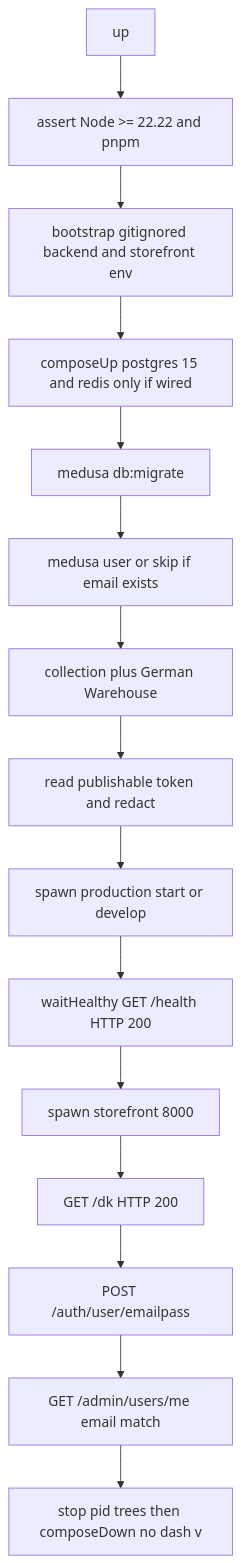
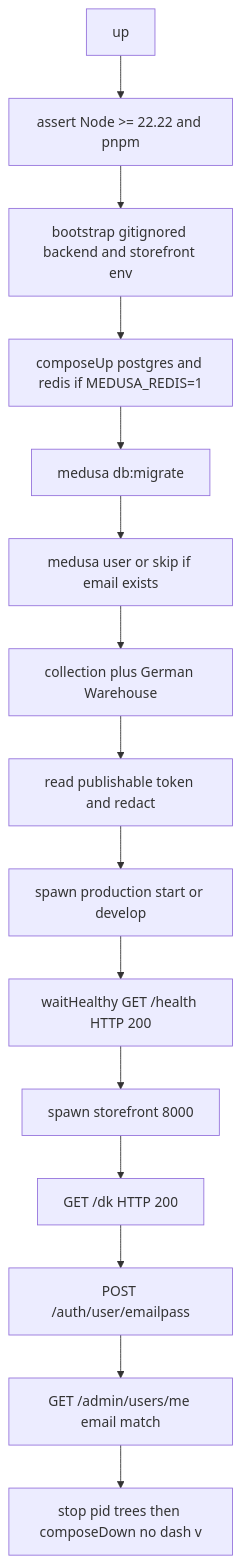
One commit to Jayami123/qa-portfolio-harness changed the diagram in docs/plans/2026-10-15-harness-medusa-adapter.md. Above: the diagram before and after it, drawn with Mermaid. The commit also changed other lines of this file, not shown here.

First line of the commit message:
docs(plan): full Medusa v0.2.9 switches and task order

````diff
--- a/docs/plans/2026-10-15-harness-medusa-adapter.md
+++ b/docs/plans/2026-10-15-harness-medusa-adapter.md
@@ -179,21 +186,21 @@
 ```mermaid
 flowchart TD
   upStart[up]
   nodeGate[assert Node >= 22.22 and pnpm]
   envFiles[bootstrap gitignored backend and storefront env]
-  compose[composeUp postgres 15 and redis only if wired]
+  compose[composeUp postgres and redis if MEDUSA_REDIS=1]
   migrate[medusa db:migrate]
   user[medusa user or skip if email exists]
   extras[collection plus German Warehouse]
   captureKey[read publishable token and redact]
   spawnApi[spawn production start or develop]
   waitApi["waitHealthy GET /health HTTP 200"]
   spawnSf[spawn storefront 8000]
   waitSf["GET /dk HTTP 200"]
   auth[POST /auth/user/emailpass]
   prove["GET /admin/users/me email match"]
   downKeep[stop pid trees then composeDown no dash v]
   upStart --> nodeGate --> envFiles --> compose --> migrate --> user --> extras --> captureKey
   captureKey --> spawnApi --> waitApi --> spawnSf --> waitSf
   waitSf --> auth --> prove --> downKeep
 ```
````
